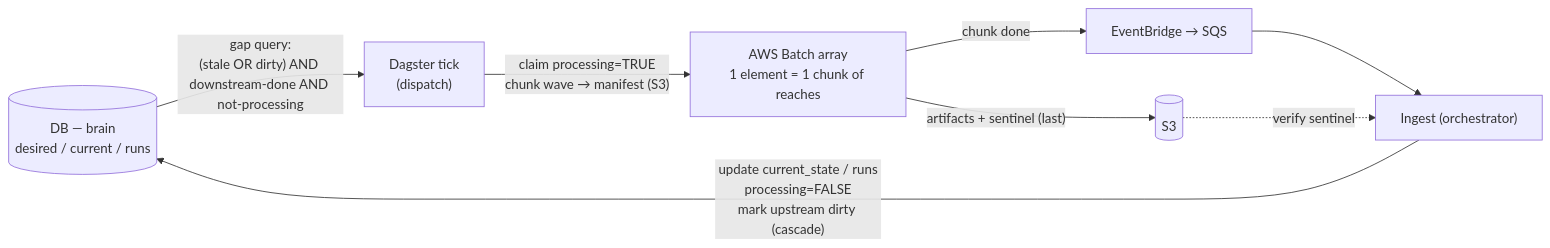
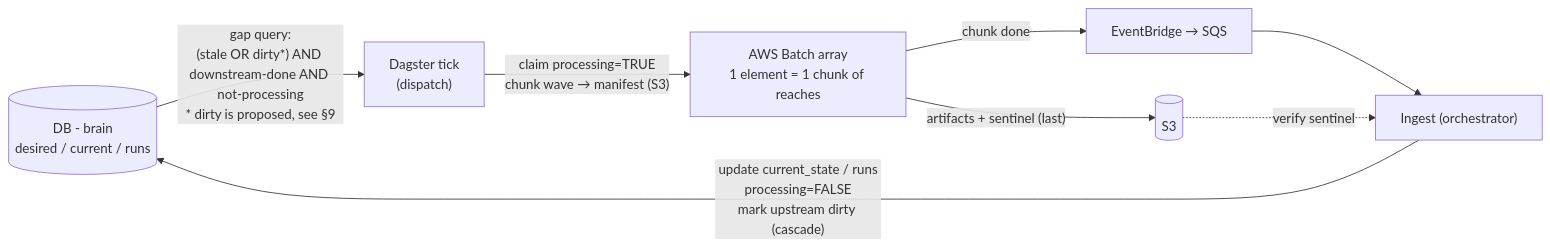
One commit to NGWPC/twod-fim-knowledge-base changed the second of 2 diagrams in system-design/execution-and-scaling.md. Above: the diagram before and after it, drawn with Mermaid. The commit also changed other lines of this file, not shown here.

````diff
--- a/system-design/execution-and-scaling.md
+++ b/system-design/execution-and-scaling.md
@@ -66,11 +72,11 @@
 ```mermaid
 flowchart LR
-    DB[("DB — brain<br/>desired / current / runs")]
-    DB -->|"gap query:<br/>(stale OR dirty) AND downstream-done AND not-processing"| T["Dagster tick<br/>(dispatch)"]
+    DB[("DB - brain<br/>desired / current / runs")]
+    DB -->|"gap query:<br/>(stale OR dirty*) AND downstream-done AND not-processing<br/>* dirty is proposed, see §9"| T["Dagster tick<br/>(dispatch)"]
     T -->|"claim processing=TRUE<br/>chunk wave → manifest (S3)"| BA["AWS Batch array<br/>1 element = 1 chunk of reaches"]
     BA -->|"artifacts + sentinel (last)"| S3[("S3")]
     BA -->|"chunk done"| EB["EventBridge → SQS"]
     EB --> IN["Ingest (orchestrator)"]
     S3 -.->|"verify sentinel"| IN
     IN -->|"update current_state / runs<br/>processing=FALSE<br/>mark upstream dirty (cascade)"| DB
 ```
````
